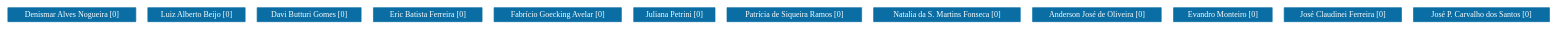
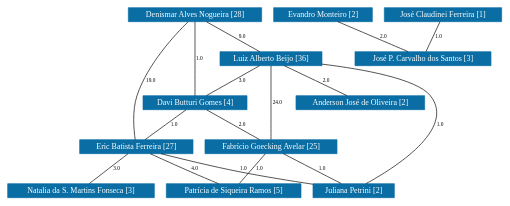
One commit to icamps/unifal-lattes.github.io changed the diagram in PPGEAB/grafoDeColaboracoesComPesos.dot. Above: the diagram before and after it, drawn with Graphviz. The commit also changed 783 other files, not shown here.

```diff
--- a/PPGEAB/grafoDeColaboracoesComPesos.dot
+++ b/PPGEAB/grafoDeColaboracoesComPesos.dot
@@ -1,95 +1,159 @@
 strict graph grafo2 {
-	graph [bb="0,0,1916.5,21",
+	graph [bb="0,0,629.5,285",
 		id=grafo2,
 		overlap=False
 	];
 	node [fontsize=12,
 		label="\N",
 		shape=rectangle,
 		style=filled
 	];
 	0	 [URL="membro-3858924778362309.html",
 		color="#0A6EA4",
 		fontcolor="#FFFFFF",
 		height=0.29167,
-		label="Denismar Alves Nogueira [0]",
-		pos="77.5,10.5",
-		width=2.1528];
+		label="Denismar Alves Nogueira [28]",
+		pos="249,274.5",
+		width=2.2361];
 	1	 [URL="membro-8194104388434526.html",
 		color="#0A6EA4",
 		fontcolor="#FFFFFF",
 		height=0.29167,
-		label="Luiz Alberto Beijo [0]",
-		pos="234.5,10.5",
-		width=1.6944];
+		label="Luiz Alberto Beijo [36]",
+		pos="350,208.5",
+		width=1.7778];
+	0 -- 1	 [fontsize=8,
+		label=9.0,
+		lp="311,241.5",
+		pos="265.23,263.9 284.08,251.58 314.98,231.38 333.81,219.08"];
 	2	 [URL="membro-0326922176762825.html",
 		color="#0A6EA4",
 		fontcolor="#FFFFFF",
 		height=0.29167,
-		label="Davi Butturi Gomes [0]",
-		pos="378.5,10.5",
+		label="Davi Butturi Gomes [4]",
+		pos="249,142.5",
 		width=1.8056];
+	0 -- 2	 [fontsize=8,
+		label=1.0,
+		lp="254,208.5",
+		pos="249,263.7 249,238.82 249,177.74 249,153.08"];
 	3	 [URL="membro-9965398009651936.html",
 		color="#0A6EA4",
 		fontcolor="#FFFFFF",
 		height=0.29167,
-		label="Eric Batista Ferreira [0]",
-		pos="526.5,10.5",
-		width=1.8056];
+		label="Eric Batista Ferreira [27]",
+		pos="184,76.5",
+		width=1.8889];
+	0 -- 3	 [fontsize=8,
+		label=19.0,
+		lp="192,175.5",
+		pos="239.58,263.76 222.66,243.7 187.74,198.42 175,153 168.57,130.08 175.43,102.05 180.21,87.095"];
+	1 -- 2	 [fontsize=8,
+		label=3.0,
+		lp="311,175.5",
+		pos="333.77,197.9 314.92,185.58 284.02,165.38 265.19,153.08"];
 	4	 [URL="membro-6886514520601172.html",
 		color="#0A6EA4",
 		fontcolor="#FFFFFF",
 		height=0.29167,
-		label="Fabrício Goecking Avelar [0]",
-		pos="686.5,10.5",
-		width=2.1389];
+		label="Fabrício Goecking Avelar [25]",
+		pos="350,76.5",
+		width=2.2222];
+	1 -- 4	 [fontsize=8,
+		label=24.0,
+		lp="357,142.5",
+		pos="350,197.7 350,172.82 350,111.74 350,87.082"];
 	5	 [URL="membro-9510541669291293.html",
 		color="#0A6EA4",
 		fontcolor="#FFFFFF",
 		height=0.29167,
-		label="Juliana Petrini [0]",
-		pos="832.5,10.5",
+		label="Juliana Petrini [2]",
+		pos="424,10.5",
 		width=1.4028];
+	1 -- 5	 [fontsize=8,
+		label=1.0,
+		lp="562,109.5",
+		pos="414.19,199.12 465.89,190.1 532.57,174.64 549,153 588.4,101.1 492.08,44.24 446.41,21.138"];
+	8	 [URL="membro-1349156075777095.html",
+		color="#0A6EA4",
+		fontcolor="#FFFFFF",
+		height=0.29167,
+		label="Anderson José de Oliveira [2]",
+		pos="461,142.5",
+		width=2.1944];
+	1 -- 8	 [fontsize=8,
+		label=2.0,
+		lp="418,175.5",
+		pos="367.83,197.9 388.55,185.58 422.52,165.38 443.21,153.08"];
+	2 -- 3	 [fontsize=8,
+		label=1.0,
+		lp="226,109.5",
+		pos="238.56,131.9 226.5,119.65 206.77,99.622 194.63,87.297"];
+	2 -- 4	 [fontsize=8,
+		label=2.0,
+		lp="311,109.5",
+		pos="265.23,131.9 284.08,119.58 314.98,99.383 333.81,87.078"];
+	3 -- 5	 [fontsize=8,
+		label=1.0,
+		lp="300,43.5",
+		pos="212.48,65.926 234.75,57.893 266.59,46.913 295,39 320.63,31.862 349.52,25.341 373.45,20.344"];
 	6	 [URL="membro-7184150832649950.html",
 		color="#0A6EA4",
 		fontcolor="#FFFFFF",
 		height=0.29167,
-		label="Patrícia de Siqueira Ramos [0]",
-		pos="981.5,10.5",
+		label="Patrícia de Siqueira Ramos [5]",
+		pos="275,10.5",
 		width=2.2361];
+	3 -- 6	 [fontsize=8,
+		label=4.0,
+		lp="228,43.5",
+		pos="193.6,65.846 201.12,57.872 212.1,47.008 223,39 232.21,32.235 243.21,25.978 252.71,21.061"];
 	7	 [URL="membro-3374954104030940.html",
 		color="#0A6EA4",
 		fontcolor="#FFFFFF",
 		height=0.29167,
-		label="Natalia da S. Martins Fonseca [0]",
-		pos="1168.5,10.5",
+		label="Natalia da S. Martins Fonseca [3]",
+		pos="88,10.5",
 		width=2.4444];
-	8	 [URL="membro-1349156075777095.html",
-		color="#0A6EA4",
-		fontcolor="#FFFFFF",
-		height=0.29167,
-		label="Anderson José de Oliveira [0]",
-		pos="1353.5,10.5",
-		width=2.1944];
+	3 -- 7	 [fontsize=8,
+		label=3.0,
+		lp="147,43.5",
+		pos="168.58,65.896 150.66,53.58 121.28,33.383 103.39,21.078"];
+	4 -- 5	 [fontsize=8,
+		label=1.0,
+		lp="397,43.5",
+		pos="361.89,65.896 375.62,53.653 398.08,33.622 411.89,21.297"];
+	4 -- 6	 [fontsize=8,
+		label=1.0,
+		lp="322,43.5",
+		pos="337.95,65.896 324.04,53.653 301.27,33.622 287.27,21.297"];
 	9	 [URL="membro-3089568911577519.html",
 		color="#0A6EA4",
 		fontcolor="#FFFFFF",
 		height=0.29167,
-		label="Evandro Monteiro [0]",
-		pos="1510.5,10.5",
+		label="Evandro Monteiro [2]",
+		pos="408,274.5",
 		width=1.6667];
+	11	 [URL="membro-9393213180145144.html",
+		color="#0A6EA4",
+		fontcolor="#FFFFFF",
+		height=0.29167,
+		label="José P. Carvalho dos Santos [3]",
+		pos="537,208.5",
+		width=2.3056];
+	9 -- 11	 [fontsize=8,
+		label=2.0,
+		lp="486,241.5",
+		pos="428.73,263.9 452.8,251.58 492.27,231.38 516.33,219.08"];
 	10	 [URL="membro-6808752952332925.html",
 		color="#0A6EA4",
 		fontcolor="#FFFFFF",
 		height=0.29167,
-		label="José Claudinei Ferreira [0]",
-		pos="1660.5,10.5",
+		label="José Claudinei Ferreira [1]",
+		pos="558,274.5",
 		width=1.9861];
-	11	 [URL="membro-9393213180145144.html",
-		color="#0A6EA4",
-		fontcolor="#FFFFFF",
-		height=0.29167,
-		label="José P. Carvalho dos Santos [0]",
-		pos="1833.5,10.5",
-		width=2.3056];
+	10 -- 11	 [fontsize=8,
+		label=1.0,
+		lp="554,241.5",
+		pos="554.63,263.9 550.73,251.65 544.36,231.62 540.44,219.3"];
 }
```
